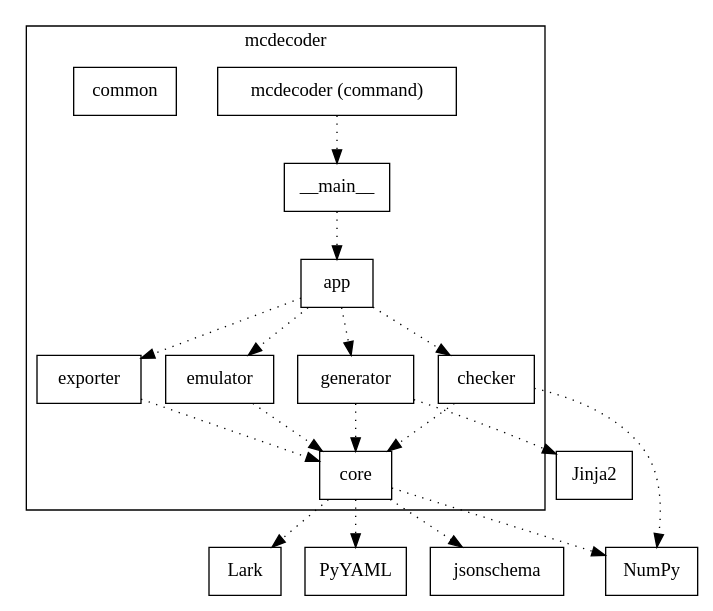
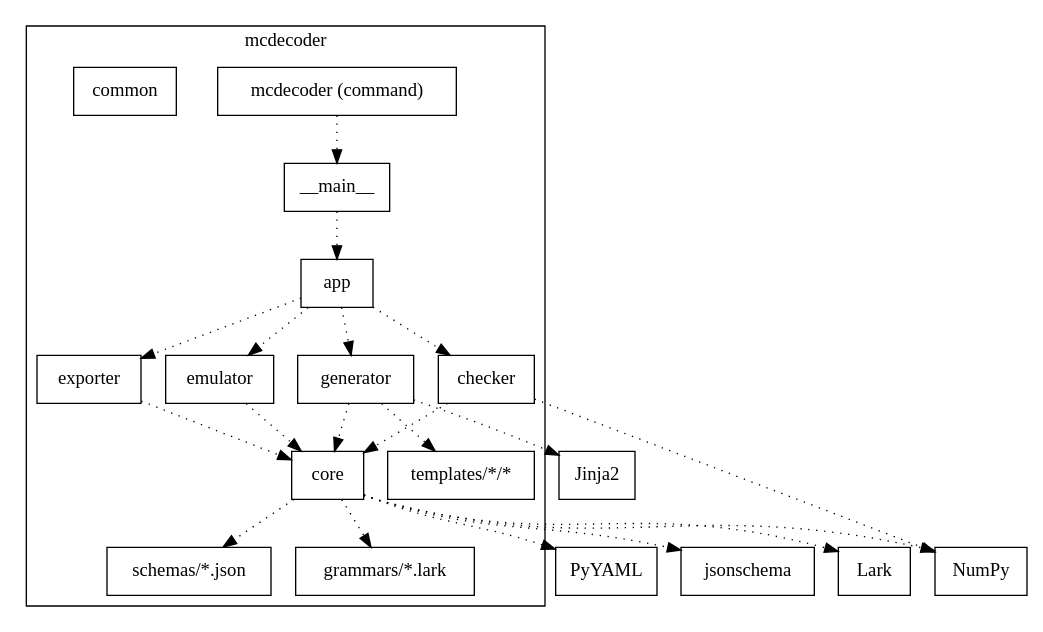
The first of 2 diagrams in src_docs/dev_design.rst (wildlarva/mcdecoder), drawn with Graphviz before and after one commit. The commit also changed other lines of this file, not shown here.

```diff
--- a/src_docs/dev_design.rst
+++ b/src_docs/dev_design.rst
@@ -9,17 +13,25 @@
 .. digraph:: runtime
 
     node [shape=box]
     edge [style=dotted]
 
     subgraph cluster_mcdecoder {
         label = "mcdecoder"
+
         mcdecoder -> __main__ -> app -> {generator, exporter, emulator, checker} -> core
+        generator -> templates
+        core -> {schemas, grammars}
+
+        mcdecoder [label = "mcdecoder (command)"]
         common
-        mcdecoder [label = "mcdecoder (command)"]
+        templates [label = "templates/*/*"]
+        schemas [label = "schemas/*.json"]
+        grammars [label = "grammars/*.lark"]
     }
 
     generator -> Jinja2
     checker -> numpy
     core -> {PyYAML, jsonschema, lark, numpy}
-    lark [label="Lark"]
-    numpy [label="NumPy"]
+
+    lark [label = "Lark"]
+    numpy [label = "NumPy"]
```
